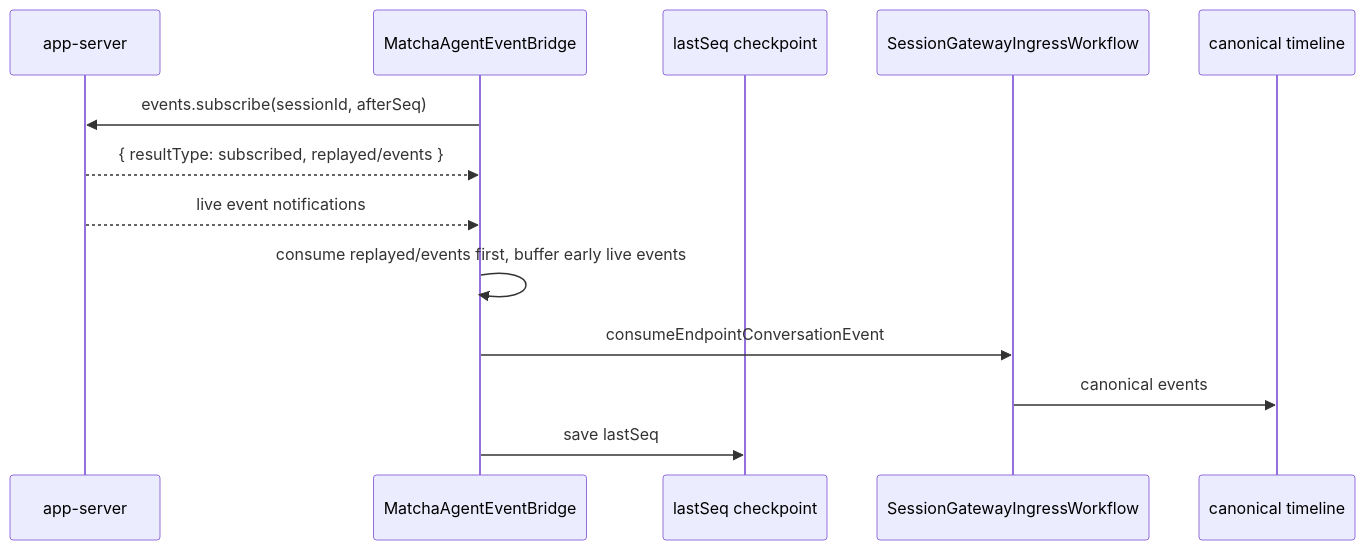
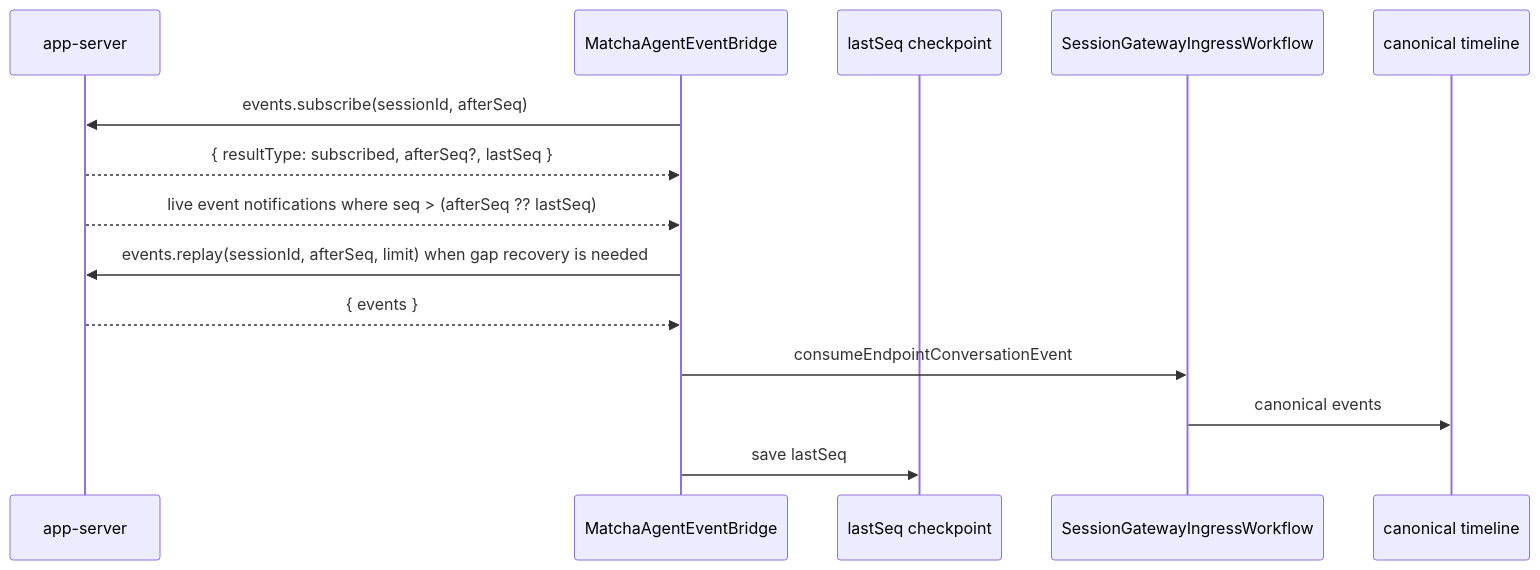
One commit to hellowKeyzj/Matcha-claw changed the third of 4 diagrams in docs/architecture/local-process-runtime-matcha-agent-app-server-plan.md. Above: the diagram before and after it, drawn with Mermaid. The commit also changed other lines of this file and 318 other files, not shown here.

````diff
--- a/docs/architecture/local-process-runtime-matcha-agent-app-server-plan.md
+++ b/docs/architecture/local-process-runtime-matcha-agent-app-server-plan.md
@@ -300,16 +300,17 @@
 ```mermaid
 sequenceDiagram
   participant AS as app-server
   participant Bridge as MatchaAgentEventBridge
   participant Store as lastSeq checkpoint
   participant Ingress as SessionGatewayIngressWorkflow
   participant Timeline as canonical timeline
 
   Bridge->>AS: events.subscribe(sessionId, afterSeq)
-  AS-->>Bridge: { resultType: subscribed, replayed/events }
-  AS-->>Bridge: live event notifications
-  Bridge->>Bridge: consume replayed/events first, buffer early live events
+  AS-->>Bridge: { resultType: subscribed, afterSeq?, lastSeq }
+  AS-->>Bridge: live event notifications where seq > (afterSeq ?? lastSeq)
+  Bridge->>AS: events.replay(sessionId, afterSeq, limit) when gap recovery is needed
+  AS-->>Bridge: { events }
   Bridge->>Ingress: consumeEndpointConversationEvent
   Ingress->>Timeline: canonical events
   Bridge->>Store: save lastSeq
 ```
````
